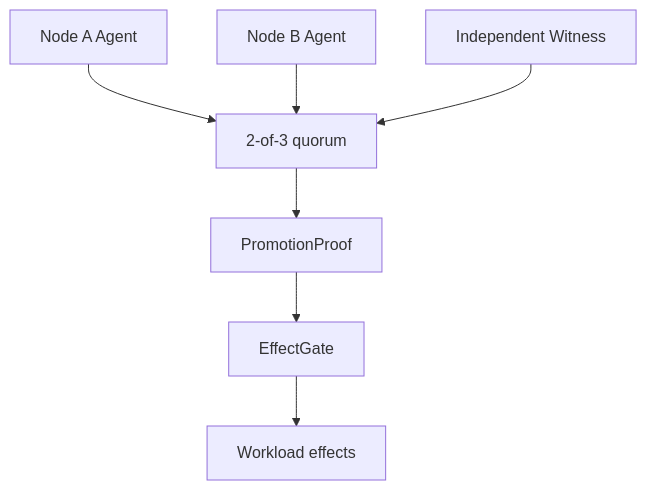
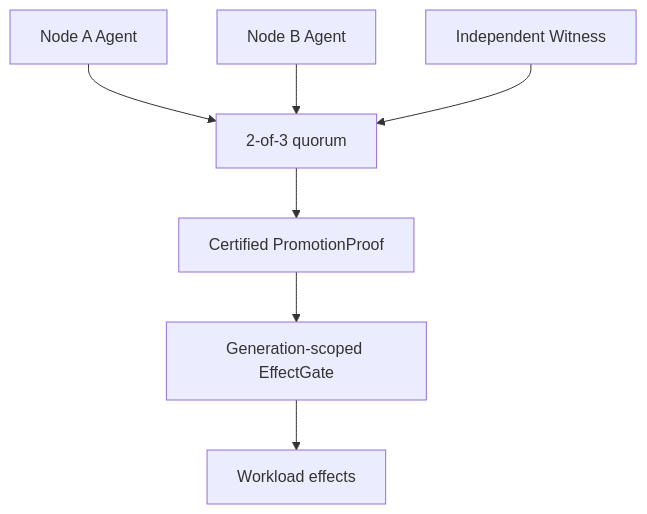
Before and after one commit to happyaspic-byte/quorumarc: the diagram in README.md, drawn with Mermaid. The commit also changed other lines of this file and 30 other files, not shown here.

````diff
--- a/README.md
+++ b/README.md
@@ -26,9 +29,9 @@
 ```mermaid
 flowchart TD
     A["Node A Agent"] --> Q["2-of-3 quorum"]
     B["Node B Agent"] --> Q
     W["Independent Witness"] --> Q
-    Q --> P["PromotionProof"]
-    P --> G["EffectGate"]
+    Q --> P["Certified PromotionProof"]
+    P --> G["Generation-scoped EffectGate"]
     G --> X["Workload effects"]
 ```
````
